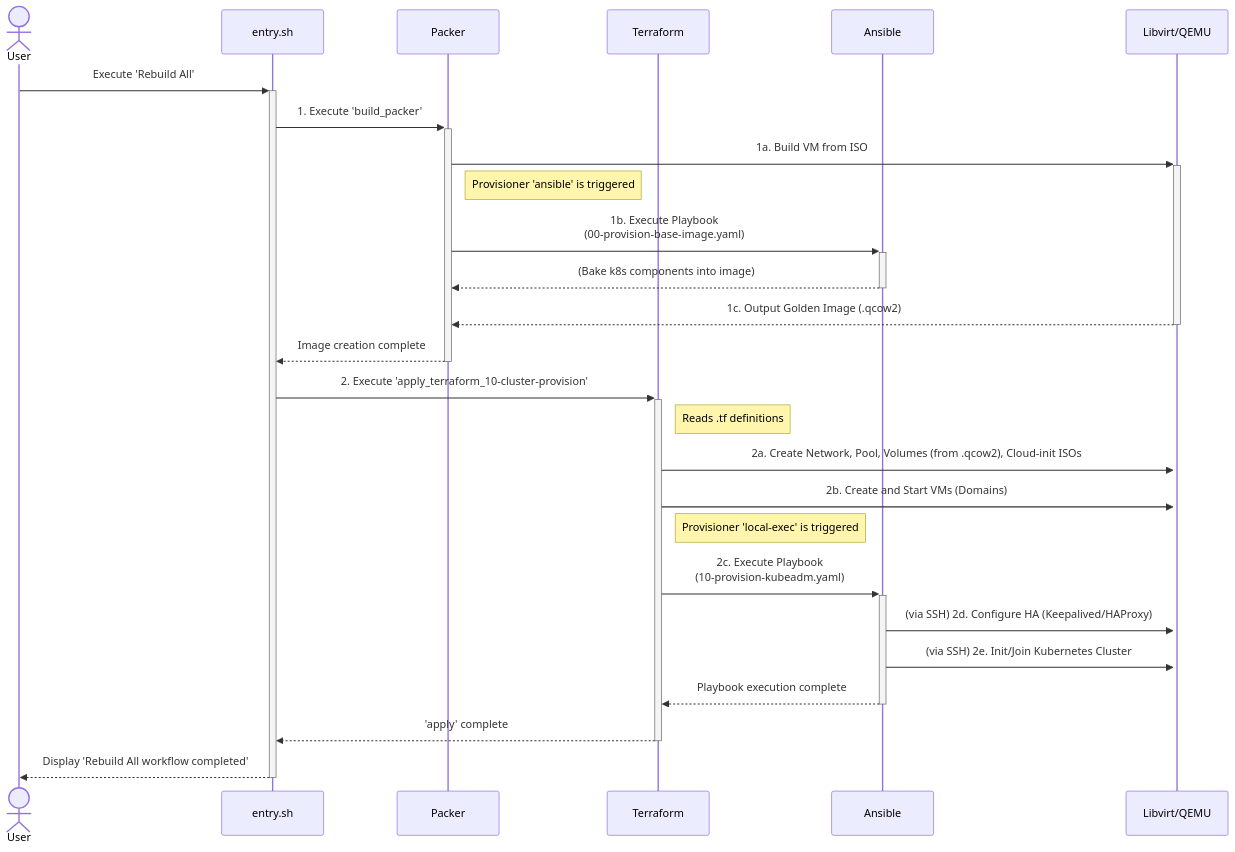
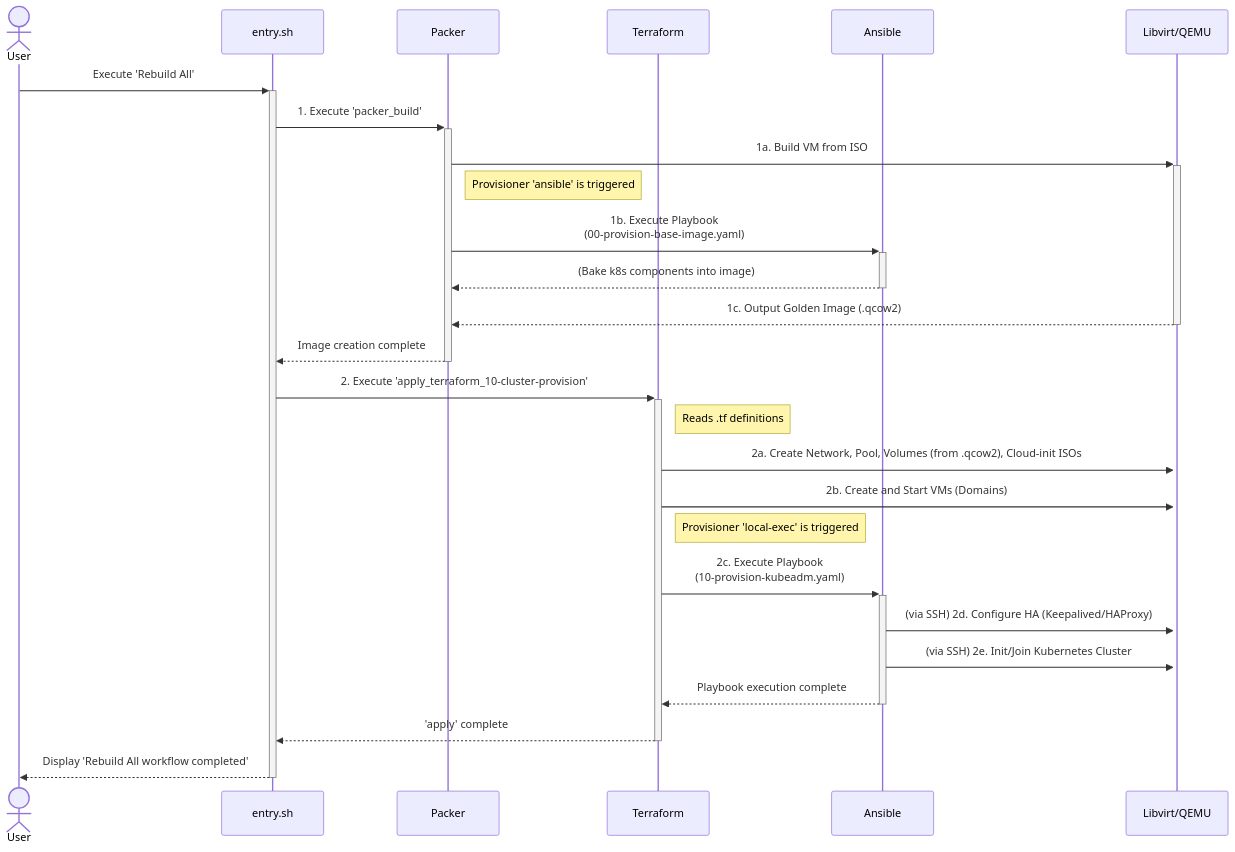
One commit to csning1998/on-premise-gitlab-deployment changed the diagram in README.md. Above: the diagram before and after it, drawn with Mermaid. The commit also changed other lines of this file and 23 other files, not shown here.

````diff
--- a/README.md
+++ b/README.md
@@ -559,31 +655,31 @@
 ```mermaid
 sequenceDiagram
-   actor User
-   participant Entrypoint as entry.sh
-   participant Packer
-   participant Terraform
-   participant Ansible
-   participant Libvirt as Libvirt/QEMU
+    actor User
+    participant Entrypoint as entry.sh
+    participant Packer
+    participant Terraform
+    participant Ansible
+    participant Libvirt as Libvirt/QEMU
 
-   User->>+Entrypoint: Execute 'Rebuild All'
+    User->>+Entrypoint: Execute 'Rebuild All'
 
-   Entrypoint->>+Packer: 1. Execute 'build_packer'
-   Packer->>+Libvirt: 1a. Build VM from ISO
-   note right of Packer: Provisioner 'ansible' is triggered
-   Packer->>+Ansible: 1b. Execute Playbook<br>(00-provision-base-image.yaml)
-   Ansible-->>-Packer: (Bake k8s components into image)
-   Libvirt-->>-Packer: 1c. Output Golden Image (.qcow2)
-   Packer-->>-Entrypoint: Image creation complete
+    Entrypoint->>+Packer: 1. Execute 'packer_build'
+    Packer->>+Libvirt: 1a. Build VM from ISO
+    note right of Packer: Provisioner 'ansible' is triggered
+    Packer->>+Ansible: 1b. Execute Playbook<br>(00-provision-base-image.yaml)
+    Ansible-->>-Packer: (Bake k8s components into image)
+    Libvirt-->>-Packer: 1c. Output Golden Image (.qcow2)
+    Packer-->>-Entrypoint: Image creation complete
 
-   Entrypoint->>+Terraform: 2. Execute 'apply_terraform_10-cluster-provision'
-   note right of Terraform: Reads .tf definitions
-   Terraform->>+Libvirt: 2a. Create Network, Pool, Volumes (from .qcow2), Cloud-init ISOs
-   Terraform->>+Libvirt: 2b. Create and Start VMs (Domains)
-   note right of Terraform: Provisioner 'local-exec' is triggered
-   Terraform->>+Ansible: 2c. Execute Playbook<br>(10-provision-kubeadm.yaml)
-   Ansible->>Libvirt: (via SSH) 2d. Configure HA (Keepalived/HAProxy)
-   Ansible->>Libvirt: (via SSH) 2e. Init/Join Kubernetes Cluster
-   Ansible-->>-Terraform: Playbook execution complete
-   Terraform-->>-Entrypoint: 'apply' complete
-   Entrypoint-->>-User: Display 'Rebuild All workflow completed'
+    Entrypoint->>+Terraform: 2. Execute 'apply_terraform_10-cluster-provision'
+    note right of Terraform: Reads .tf definitions
+    Terraform->>+Libvirt: 2a. Create Network, Pool, Volumes (from .qcow2), Cloud-init ISOs
+    Terraform->>+Libvirt: 2b. Create and Start VMs (Domains)
+    note right of Terraform: Provisioner 'local-exec' is triggered
+    Terraform->>+Ansible: 2c. Execute Playbook<br>(10-provision-kubeadm.yaml)
+    Ansible->>Libvirt: (via SSH) 2d. Configure HA (Keepalived/HAProxy)
+    Ansible->>Libvirt: (via SSH) 2e. Init/Join Kubernetes Cluster
+    Ansible-->>-Terraform: Playbook execution complete
+    Terraform-->>-Entrypoint: 'apply' complete
+    Entrypoint-->>-User: Display 'Rebuild All workflow completed'
 ```
````
